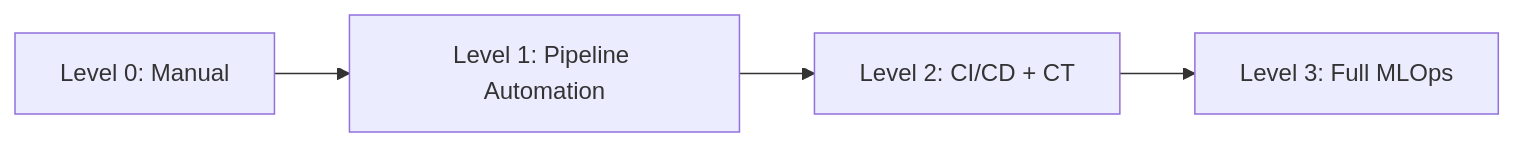
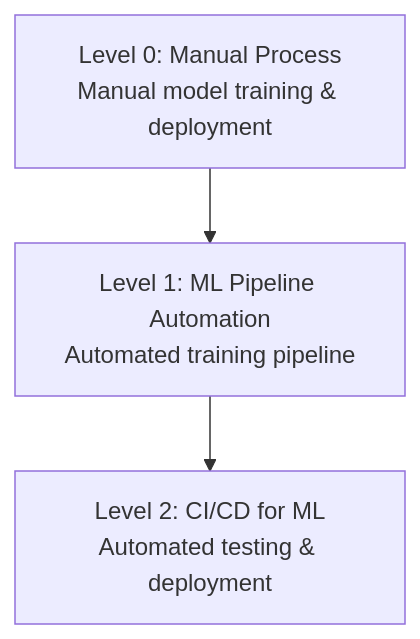
Before and after one commit to vanos001/placement_prep: the second of 2 diagrams in src/ml/mlops/README.md, drawn with Mermaid. The commit also changed other lines of this file and 43 other files, not shown here.

````diff
--- a/src/ml/mlops/README.md
+++ b/src/ml/mlops/README.md
@@ -33,6 +22,8 @@
 ```mermaid
-graph LR
-    A[Level 0: Manual] --> B[Level 1: Pipeline Automation]
-    B --> C[Level 2: CI/CD + CT]
-    C --> D[Level 3: Full MLOps]
+graph TB
+    L0["Level 0: Manual Process<br/>Manual model training & deployment"]
+    L1["Level 1: ML Pipeline Automation<br/>Automated training pipeline"]
+    L2["Level 2: CI/CD for ML<br/>Automated testing & deployment"]
+    
+    L0 --> L1 --> L2
 ```
````
